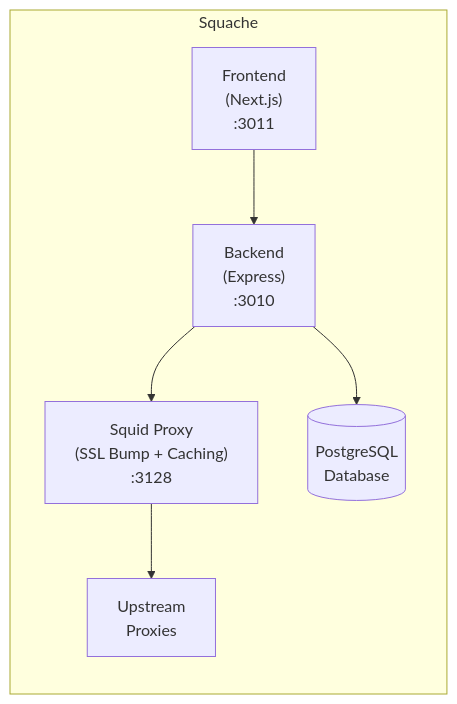
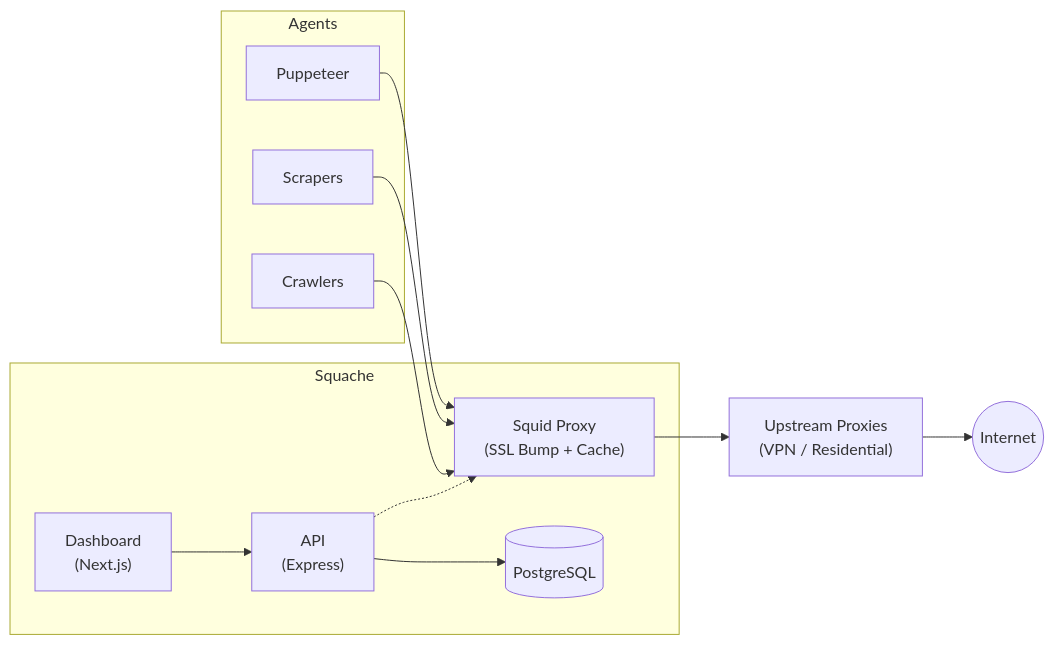
The diagram in README.md (devrupt-io/squache), drawn with Mermaid before and after one commit. The commit also changed 1 other file, not shown here.

Commit message:
Add MIT License and enhance README.md with detailed architecture diagram

````diff
--- a/README.md
+++ b/README.md
@@ -11,14 +11,23 @@
 ```mermaid
 flowchart LR
-    subgraph Squache
-        Frontend["Frontend<br/>(Next.js)<br/>:3011"]
-        Backend["Backend<br/>(Express)<br/>:3010"]
-        Proxy["Squid Proxy<br/>(SSL Bump + Caching)<br/>:3128"]
-        DB[(PostgreSQL<br/>Database)]
-        Upstream["Upstream<br/>Proxies"]
+    subgraph Agents
+        A1["Puppeteer"]
+        A2["Scrapers"]
+        A3["Crawlers"]
     end
 
-    Frontend --> Backend --> Proxy
-    Backend --> DB
-    Proxy --> Upstream
+    subgraph Squache
+        Frontend["Dashboard<br/>(Next.js)"]
+        Backend["API<br/>(Express)"]
+        Proxy["Squid Proxy<br/>(SSL Bump + Cache)"]
+        DB[(PostgreSQL)]
+    end
+
+    Upstream["Upstream Proxies<br/>(VPN / Residential)"]
+    Internet((Internet))
+
+    A1 & A2 & A3 --> Proxy
+    Frontend --> Backend --> DB
+    Backend -.-> Proxy
+    Proxy --> Upstream --> Internet
 ```
````
